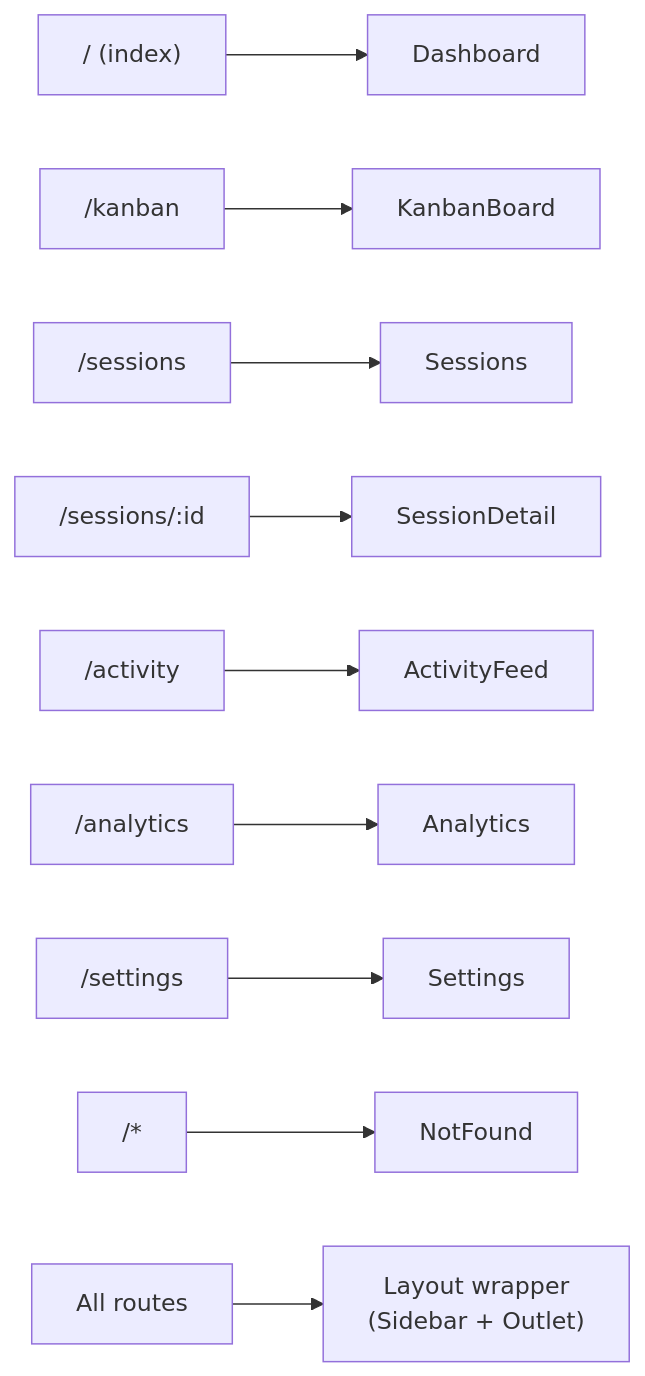
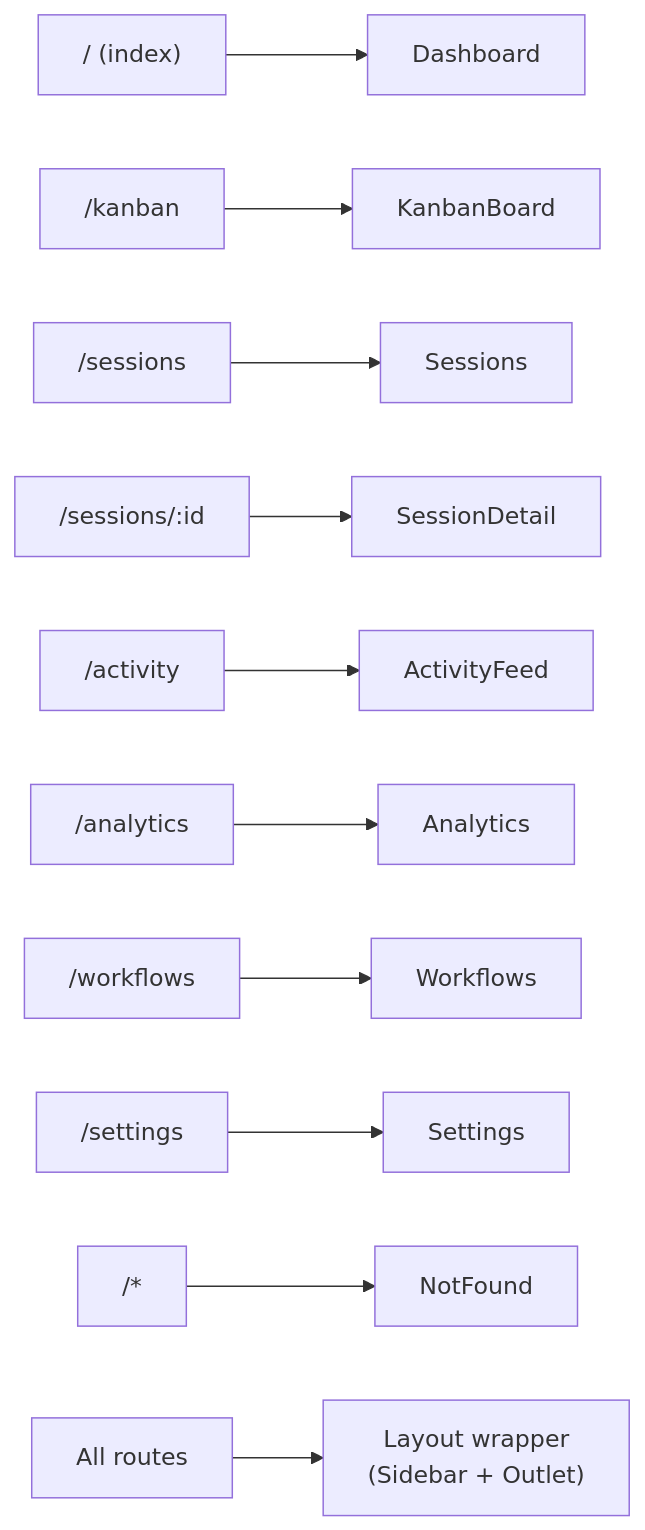
One commit to StrainReviews/Claude-Code-Agent-Monitor changed the ninth of 27 diagrams in ARCHITECTURE.md. Above: the diagram before and after it, drawn with Mermaid. The commit also changed other lines of this file and 29 other files, not shown here.

````diff
--- a/ARCHITECTURE.md
+++ b/ARCHITECTURE.md
@@ -399,13 +408,14 @@
 ```mermaid
 graph LR
     ROOT["/ (index)"] --> DASH[Dashboard]
     KANBAN_R["/kanban"] --> KANBAN[KanbanBoard]
     SESS_R["/sessions"] --> SESS[Sessions]
     DETAIL_R["/sessions/:id"] --> DETAIL[SessionDetail]
     ACT_R["/activity"] --> ACT[ActivityFeed]
     AN_R["/analytics"] --> AN[Analytics]
+    WF_R["/workflows"] --> WF[Workflows]
     SET_R["/settings"] --> SET[Settings]
     NF_R["/*"] --> NF[NotFound]
 
     ALL["All routes"] --> LAYOUT["Layout wrapper<br/>(Sidebar + Outlet)"]
 ```
````
